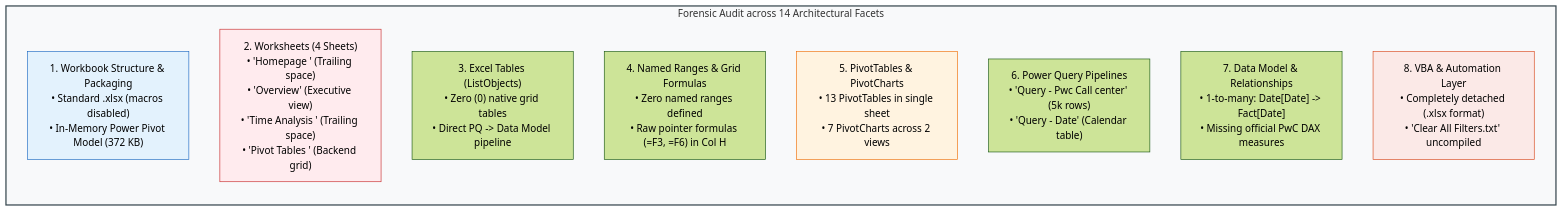
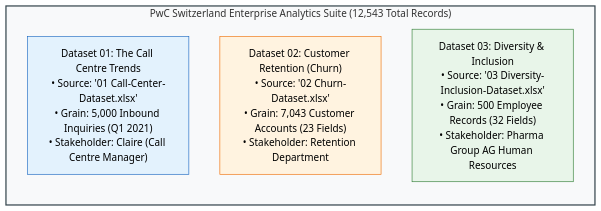
The first of 2 diagrams in 06_Projects/Call Center Performance Analysis/Dashboard Architecture Assessment.md (Sohila-Khaled-Abbas/COURSE-EXCEL-ZERO-TO-HERO), drawn with Mermaid (forest theme) before and after one commit. The commit also changed other lines of this file and 15 other files, not shown here.

Commit message:
feat(auto-sync): update 06_Projects\Call Center Performance Analysis\Dashboard UX Specification.md [2026-10-01 16:26:22]

````diff
--- a/06_Projects/Call Center Performance Analysis/Dashboard Architecture Assessment.md
+++ b/06_Projects/Call Center Performance Analysis/Dashboard Architecture Assessment.md
@@ -23,19 +32,13 @@
 ```mermaid
 flowchart TD
-    subgraph INSP ["Forensic Audit across 14 Architectural Facets"]
+    subgraph SUITE ["PwC Switzerland Enterprise Analytics Suite (12,543 Total Records)"]
         direction TB
-        F1["1. Workbook Structure & Packaging\n• Standard .xlsx (macros disabled)\n• In-Memory Power Pivot Model (372 KB)"]
-        F2["2. Worksheets (4 Sheets)\n• 'Homepage ' (Trailing space)\n• 'Overview' (Executive view)\n• 'Time Analysis ' (Trailing space)\n• 'Pivot Tables ' (Backend grid)"]
-        F3["3. Excel Tables (ListObjects)\n• Zero (0) native grid tables\n• Direct PQ -> Data Model pipeline"]
-        F4["4. Named Ranges & Grid Formulas\n• Zero named ranges defined\n• Raw pointer formulas (=F3, =F6) in Col H"]
-        F5["5. PivotTables & PivotCharts\n• 13 PivotTables in single sheet\n• 7 PivotCharts across 2 views"]
-        F6["6. Power Query Pipelines\n• 'Query - Pwc Call center' (5k rows)\n• 'Query - Date' (Calendar table)"]
-        F7["7. Data Model & Relationships\n• 1-to-many: Date[Date] -> Fact[Date]\n• Missing official PwC DAX measures"]
-        F8["8. VBA & Automation Layer\n• Completely detached (.xlsx format)\n• 'Clear All Filters.txt' uncompiled"]
+        D1["Dataset 01: The Call Centre Trends\n• Source: '01 Call-Center-Dataset.xlsx'\n• Grain: 5,000 Inbound Inquiries (Q1 2021)\n• Stakeholder: Claire (Call Centre Manager)"]
+        D2["Dataset 02: Customer Retention (Churn)\n• Source: '02 Churn-Dataset.xlsx'\n• Grain: 7,043 Customer Accounts (23 Fields)\n• Stakeholder: Retention Department"]
+        D3["Dataset 03: Diversity & Inclusion\n• Source: '03 Diversity-Inclusion-Dataset.xlsx'\n• Grain: 500 Employee Records (32 Fields)\n• Stakeholder: Pharma Group AG Human Resources"]
     end
-    style INSP fill:#f8f9fa,stroke:#37474f,stroke-width:2px
-    style F1 fill:#e3f2fd,stroke:#1565c0,stroke-width:1px
-    style F2 fill:#ffebee,stroke:#c62828,stroke-width:1px
-    style F5 fill:#fff3e0,stroke:#ef6c00,stroke-width:1px
-    style F8 fill:#fbe9e7,stroke:#d84315,stroke-width:1px
+    style SUITE fill:#f8f9fa,stroke:#37474f,stroke-width:2px
+    style D1 fill:#e3f2fd,stroke:#1565c0,stroke-width:1px
+    style D2 fill:#fff3e0,stroke:#ef6c00,stroke-width:1px
+    style D3 fill:#e8f5e9,stroke:#2e7d32,stroke-width:1px
 ```
````
